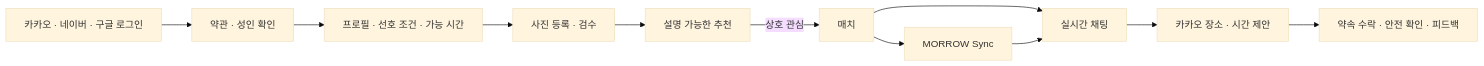
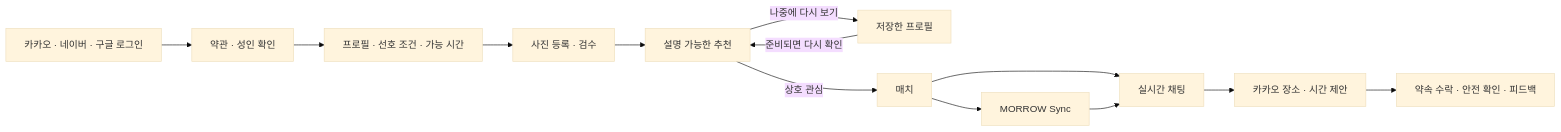
Before and after one commit to boclair98/morrow: the first of 2 diagrams in README.md, drawn with Mermaid (base theme). The commit also changed other lines of this file and 9 other files, not shown here.

````diff
--- a/README.md
+++ b/README.md
@@ -44,13 +68,15 @@
 ```mermaid
 flowchart LR
     A[카카오 · 네이버 · 구글 로그인] --> B[약관 · 성인 확인]
     B --> C[프로필 · 선호 조건 · 가능 시간]
     C --> D[사진 등록 · 검수]
     D --> E[설명 가능한 추천]
+    E -->|나중에 다시 보기| K[저장한 프로필]
+    K -->|준비되면 다시 확인| E
     E -->|상호 관심| F[매치]
     F --> G[MORROW Sync]
     F --> H[실시간 채팅]
     G --> H
     H --> I[카카오 장소 · 시간 제안]
     I --> J[약속 수락 · 안전 확인 · 피드백]
 ```
````
